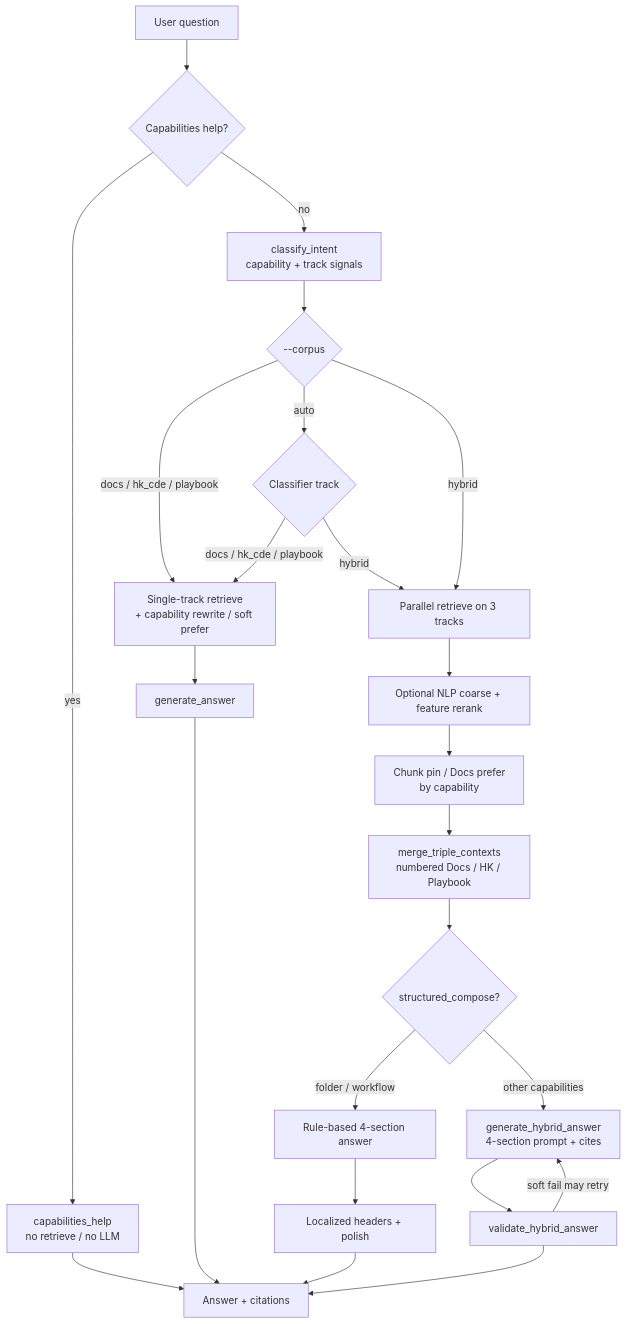
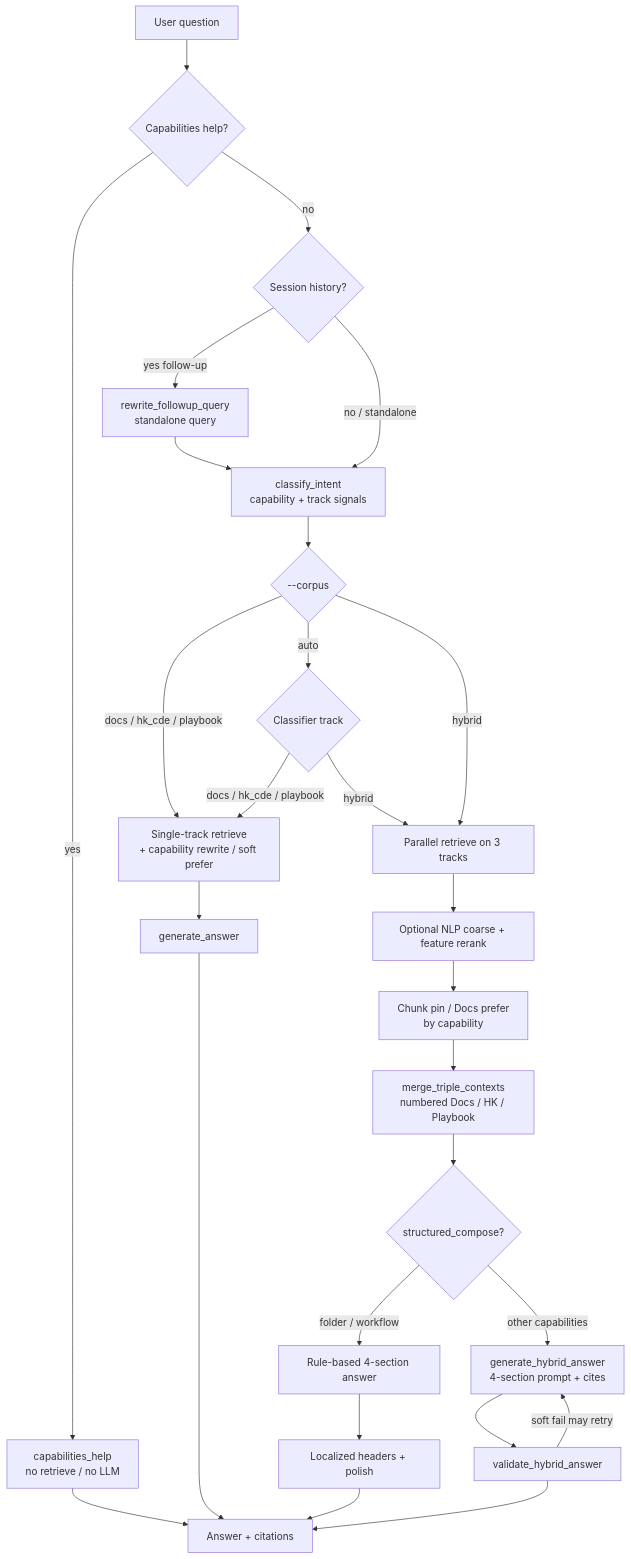
The second of 2 diagrams in README.md (jesselei1102-hue/HK-BIM-CDE-Standard-x-ACC-RAG), drawn with Mermaid before and after one commit. The commit also changed other lines of this file and 721 other files, not shown here.

````diff
--- a/README.md
+++ b/README.md
@@ -69,31 +73,34 @@
 ```mermaid
 flowchart TD
   Q[User question] --> META{Capabilities help?}
   META -->|yes| HELP[capabilities_help<br/>no retrieve / no LLM]
-  META -->|no| CL[classify_intent<br/>capability + track signals]
+  META -->|no| HIST{Session history?}
+  HIST -->|yes follow-up| RW[rewrite_followup_query<br/>standalone query]
+  HIST -->|no / standalone| CL
+  RW --> CL[classify_intent<br/>capability + track signals]
 
   CL --> CORPUS{--corpus}
   CORPUS -->|docs / hk_cde / playbook| SINGLE[Single-track retrieve<br/>+ capability rewrite / soft prefer]
   CORPUS -->|auto| ROUTE{Classifier track}
   CORPUS -->|hybrid| PARA
   ROUTE -->|docs / hk_cde / playbook| SINGLE
   ROUTE -->|hybrid| PARA
 
   PARA[Parallel retrieve on 3 tracks] --> NLP[Optional NLP coarse + feature rerank]
   NLP --> PIN[Chunk pin / Docs prefer<br/>by capability]
   PIN --> MERGE[merge_triple_contexts<br/>numbered Docs / HK / Playbook]
 
   MERGE --> COMPOSE{structured_compose?}
   COMPOSE -->|folder / workflow| RULE[Rule-based 4-section answer]
   COMPOSE -->|other capabilities| LLM[generate_hybrid_answer<br/>4-section prompt + cites]
 
   RULE --> POLISH[Localized headers + polish]
   LLM --> VAL[validate_hybrid_answer]
   VAL -->|soft fail may retry| LLM
   POLISH --> OUT[Answer + citations]
   VAL --> OUT
 
   SINGLE --> GEN[generate_answer]
   GEN --> OUT
   HELP --> OUT
 ```
````
